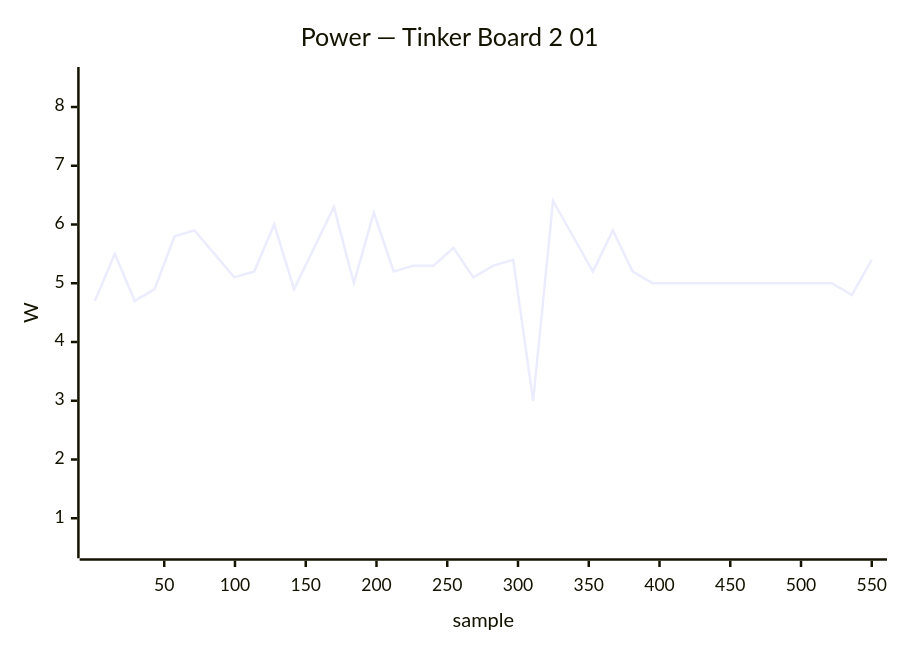
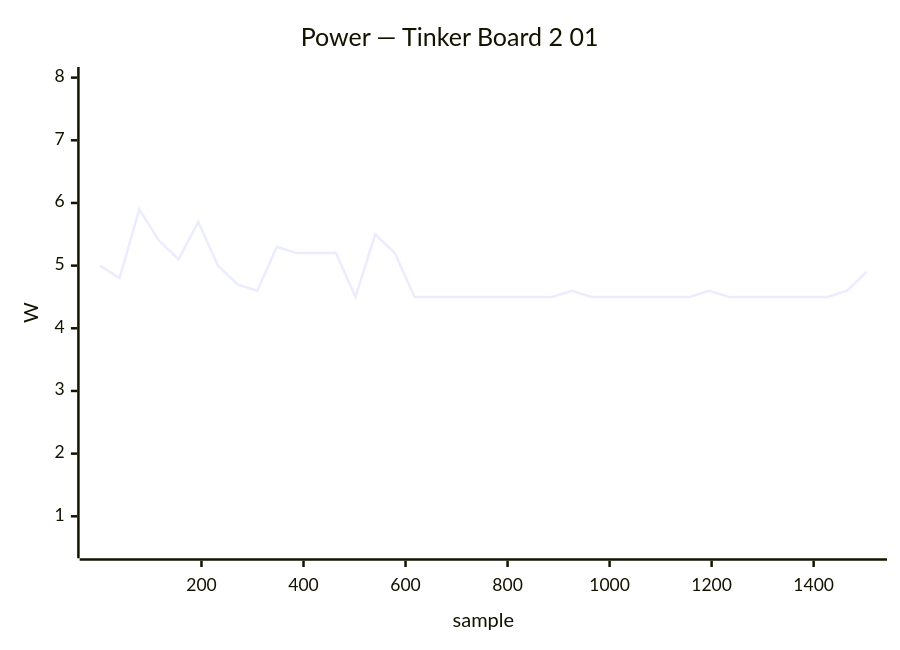
The eighth of 50 diagrams in docs/status/board-tests.md (armbian/documentation), drawn with Mermaid before and after one commit. The commit also changed other lines of this file, not shown here.

````diff
--- a/docs/status/board-tests.md
+++ b/docs/status/board-tests.md
@@ -222,7 +388,7 @@
 ```mermaid
 xychart-beta
     title "Power — Tinker Board 2 01"
-    x-axis "sample" 1 --> 550
-    y-axis "W" 0.5 --> 8.5
-    line [4.7, 5.5, 4.7, 4.9, 5.8, 5.9, 5.5, 5.1, 5.2, 6.0, 4.9, 5.6, 6.3, 5.0, 6.2, 5.2, 5.3, 5.3, 5.6, 5.1, 5.3, 5.4, 3.0, 6.4, 5.8, 5.2, 5.9, 5.2, 5.0, 5.0, 5.0, 5.0, 5.0, 5.0, 5.0, 5.0, 5.0, 5.0, 4.8, 5.4]
+    x-axis "sample" 1 --> 1504
+    y-axis "W" 0.5 --> 8.0
+    line [5.0, 4.8, 5.9, 5.4, 5.1, 5.7, 5.0, 4.7, 4.6, 5.3, 5.2, 5.2, 5.2, 4.5, 5.5, 5.2, 4.5, 4.5, 4.5, 4.5, 4.5, 4.5, 4.5, 4.5, 4.6, 4.5, 4.5, 4.5, 4.5, 4.5, 4.5, 4.6, 4.5, 4.5, 4.5, 4.5, 4.5, 4.5, 4.6, 4.9]
 ```
````
